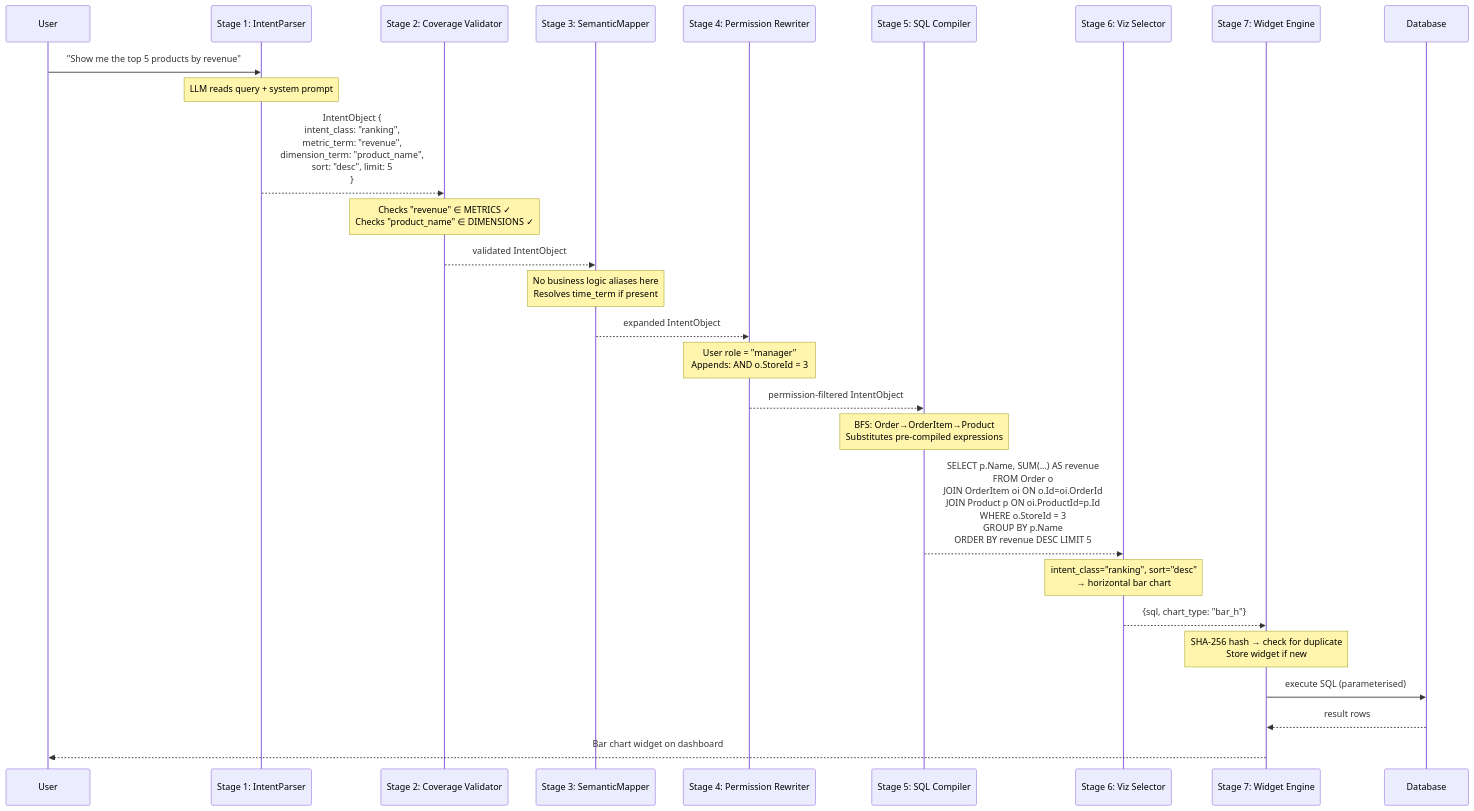
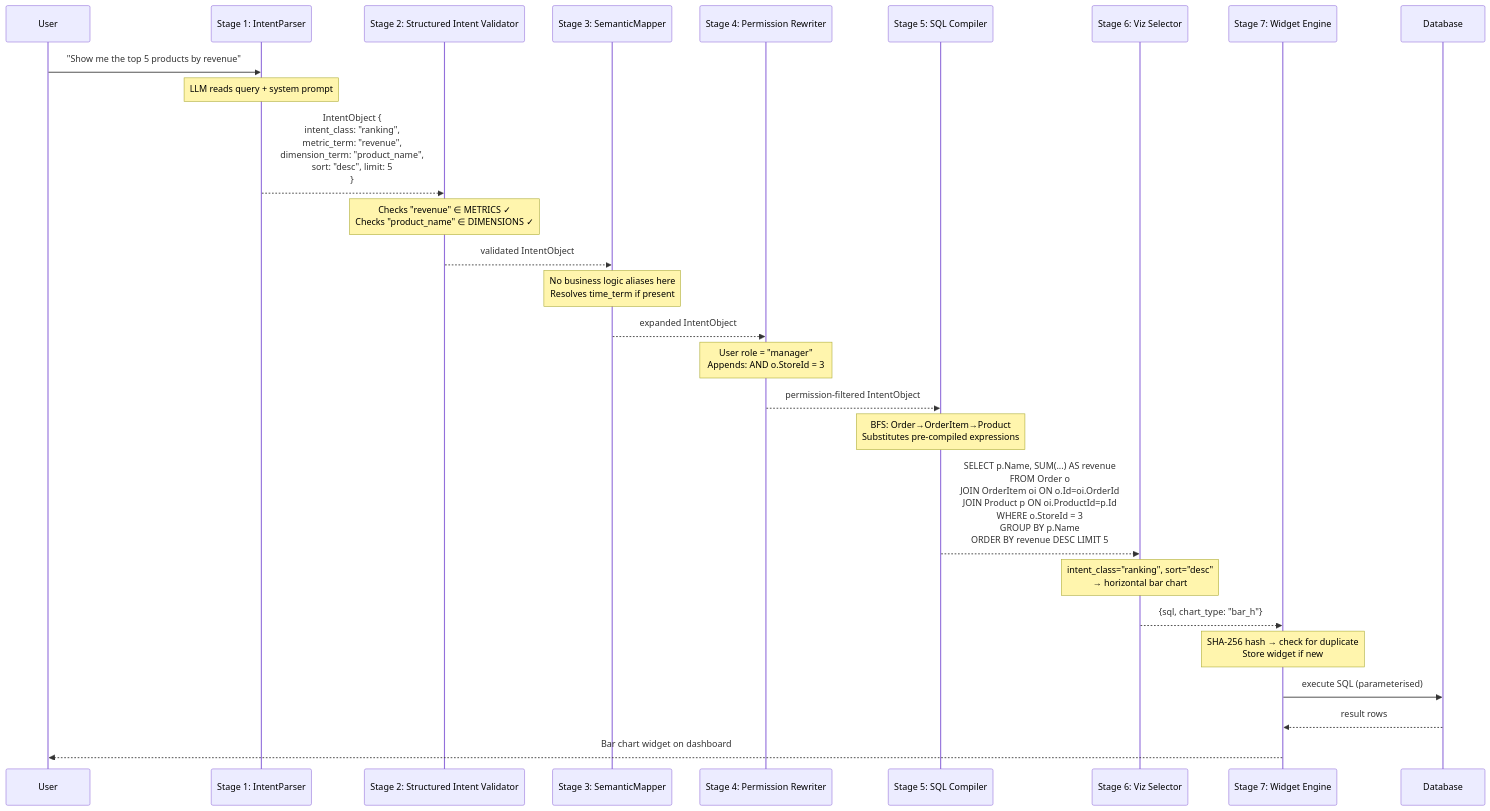
One commit to md-riaz/AEGIS-Research changed the sixth of 9 diagrams in EXPLAINER.md. Above: the diagram before and after it, drawn with Mermaid. The commit also changed other lines of this file and 304 other files, not shown here.

Commit message:
Align AEGIS intent validation architecture

````diff
--- a/EXPLAINER.md
+++ b/EXPLAINER.md
@@ -263,37 +263,37 @@
 ```mermaid
 sequenceDiagram
     participant U as User
     participant IP as Stage 1: IntentParser
-    participant CV as Stage 2: Coverage Validator
+    participant CV as Stage 2: Structured Intent Validator
     participant SM as Stage 3: SemanticMapper
     participant PR as Stage 4: Permission Rewriter
     participant SC as Stage 5: SQL Compiler
     participant VS as Stage 6: Viz Selector
     participant WE as Stage 7: Widget Engine
     participant DB as Database
 
     U->>IP: "Show me the top 5 products by revenue"
 
     Note over IP: LLM reads query + system prompt
     IP-->>CV: IntentObject {<br/>intent_class: "ranking",<br/>metric_term: "revenue",<br/>dimension_term: "product_name",<br/>sort: "desc", limit: 5<br/>}
 
     Note over CV: Checks "revenue" ∈ METRICS ✓<br/>Checks "product_name" ∈ DIMENSIONS ✓
     CV-->>SM: validated IntentObject
 
     Note over SM: No business logic aliases here<br/>Resolves time_term if present
     SM-->>PR: expanded IntentObject
 
     Note over PR: User role = "manager"<br/>Appends: AND o.StoreId = 3
     PR-->>SC: permission-filtered IntentObject
 
     Note over SC: BFS: Order→OrderItem→Product<br/>Substitutes pre-compiled expressions
     SC-->>VS: SELECT p.Name, SUM(...) AS revenue<br/>FROM Order o<br/>JOIN OrderItem oi ON o.Id=oi.OrderId<br/>JOIN Product p ON oi.ProductId=p.Id<br/>WHERE o.StoreId = 3<br/>GROUP BY p.Name<br/>ORDER BY revenue DESC LIMIT 5
 
     Note over VS: intent_class="ranking", sort="desc"<br/>→ horizontal bar chart
     VS-->>WE: {sql, chart_type: "bar_h"}
 
     Note over WE: SHA-256 hash → check for duplicate<br/>Store widget if new
     WE->>DB: execute SQL (parameterised)
     DB-->>WE: result rows
     WE-->>U: Bar chart widget on dashboard
 ```
````
